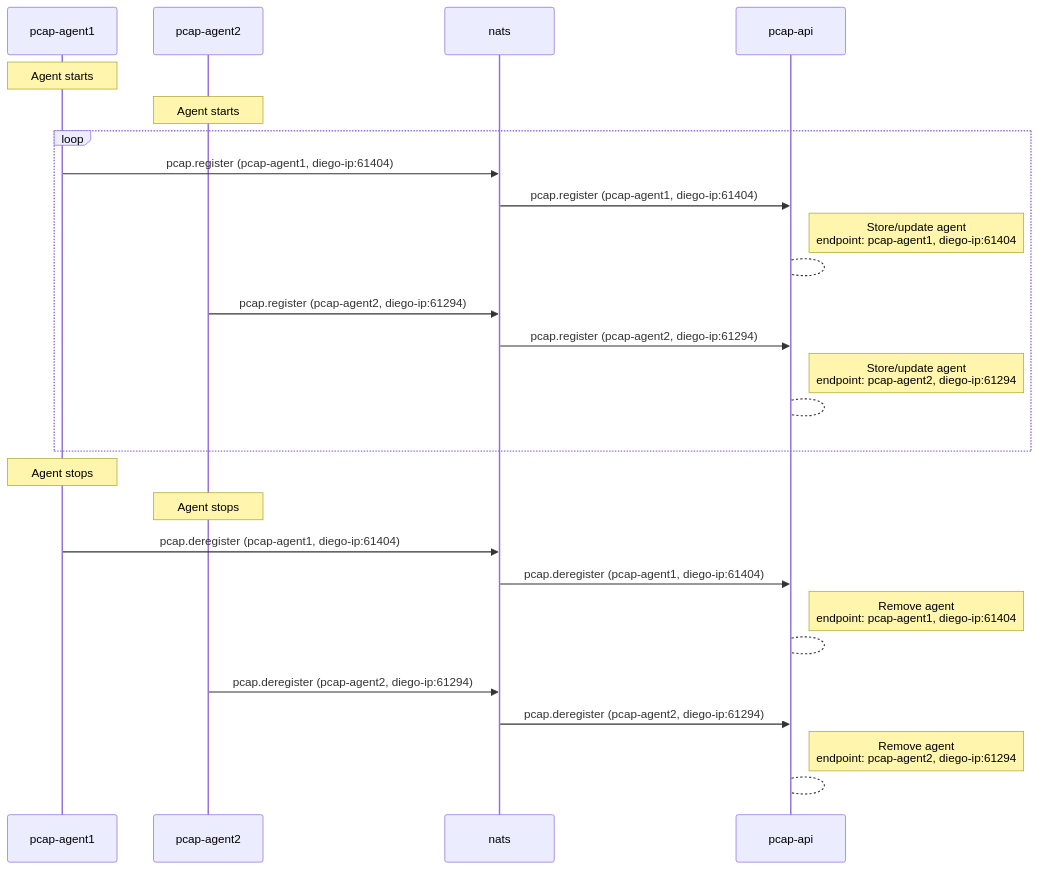
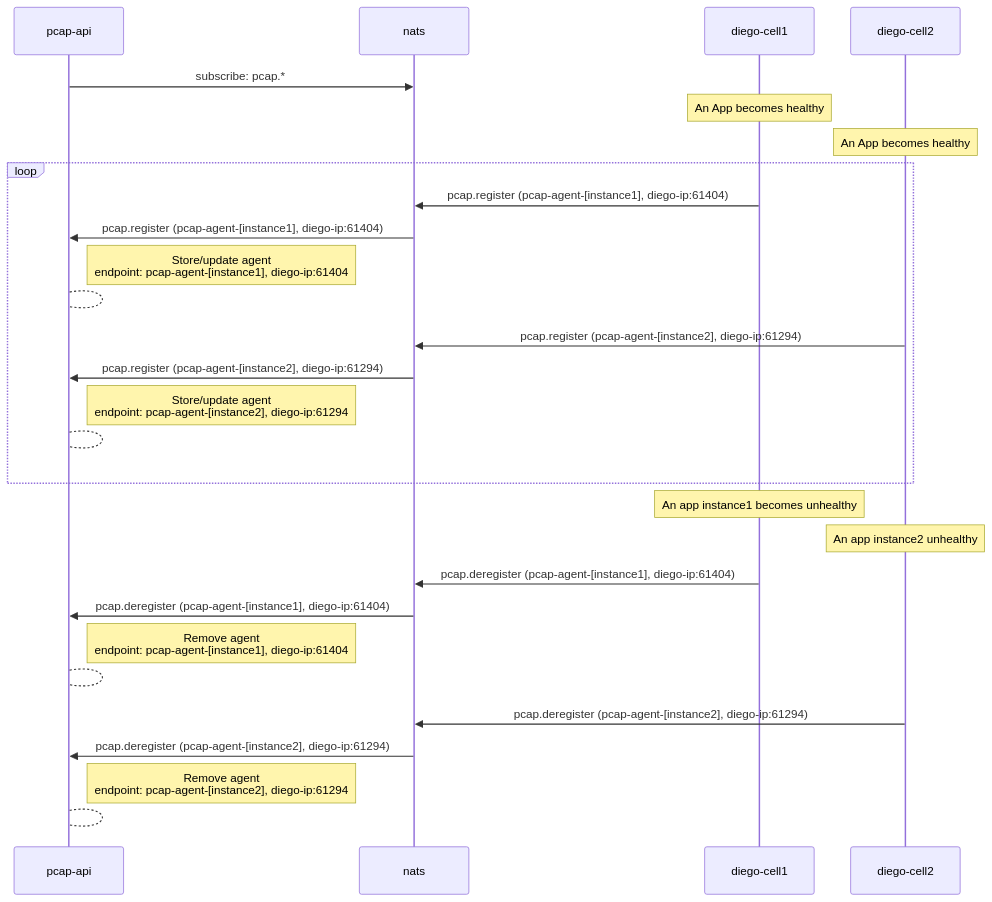
One commit to cloudfoundry/pcap-release changed the second of 21 diagrams in docs/api-communication-spec.md. Above: the diagram before and after it, drawn with Mermaid. The commit also changed other lines of this file, not shown here.

Commit message:
docs(api): Address review comments

````diff
--- a/docs/api-communication-spec.md
+++ b/docs/api-communication-spec.md
@@ -125,29 +134,29 @@
 ```mermaid
 sequenceDiagram
-
-    note over pcap-agent1: Agent starts
-    note over pcap-agent2: Agent starts
+    pcap-api ->> nats: subscribe: pcap.*
+  
+    note over diego-cell1: An App becomes healthy
+    note over diego-cell2: An App becomes healthy
     loop
-        pcap-agent1 ->> nats: pcap.register (pcap-agent1, diego-ip:61404)
-        nats ->> pcap-api: pcap.register (pcap-agent1, diego-ip:61404)
-        note right of pcap-api: Store/update agent<br>endpoint: pcap-agent1, diego-ip:61404
+        diego-cell1 ->> nats: pcap.register (pcap-agent-[instance1], diego-ip:61404)
+        nats ->> pcap-api: pcap.register (pcap-agent-[instance1], diego-ip:61404)
+        note right of pcap-api: Store/update agent<br>endpoint: pcap-agent-[instance1], diego-ip:61404
         pcap-api --> pcap-api: 
-        pcap-agent2 ->> nats: pcap.register (pcap-agent2, diego-ip:61294)
-        nats ->> pcap-api: pcap.register (pcap-agent2, diego-ip:61294)
-        note right of pcap-api: Store/update agent<br>endpoint: pcap-agent2, diego-ip:61294
+        diego-cell2 ->> nats: pcap.register (pcap-agent-[instance2], diego-ip:61294)
+        nats ->> pcap-api: pcap.register (pcap-agent-[instance2], diego-ip:61294)
+        note right of pcap-api: Store/update agent<br>endpoint: pcap-agent-[instance2], diego-ip:61294
         pcap-api --> pcap-api: 
     end
-    note over pcap-agent1: Agent stops
-    note over pcap-agent2: Agent stops
+    note over diego-cell1: An app instance1 becomes unhealthy
+    note over diego-cell2: An app instance2 unhealthy
 
-    pcap-agent1 ->> nats: pcap.deregister (pcap-agent1, diego-ip:61404)
-    nats ->> pcap-api: pcap.deregister (pcap-agent1, diego-ip:61404)
-    note right of pcap-api: Remove agent<br>endpoint: pcap-agent1, diego-ip:61404
+    diego-cell1 ->> nats: pcap.deregister (pcap-agent-[instance1], diego-ip:61404)
+    nats ->> pcap-api: pcap.deregister (pcap-agent-[instance1], diego-ip:61404)
+    note right of pcap-api: Remove agent<br>endpoint: pcap-agent-[instance1], diego-ip:61404
     pcap-api --> pcap-api: 
 
-    pcap-agent2 ->> nats: pcap.deregister (pcap-agent2, diego-ip:61294)
-    nats ->> pcap-api: pcap.deregister (pcap-agent2, diego-ip:61294)
-    note right of pcap-api: Remove agent<br>endpoint: pcap-agent2, diego-ip:61294    
+    diego-cell2 ->> nats: pcap.deregister (pcap-agent-[instance2], diego-ip:61294)
+    nats ->> pcap-api: pcap.deregister (pcap-agent-[instance2], diego-ip:61294)
+    note right of pcap-api: Remove agent<br>endpoint: pcap-agent-[instance2], diego-ip:61294    
     pcap-api --> pcap-api: 
-    
 ```
````
